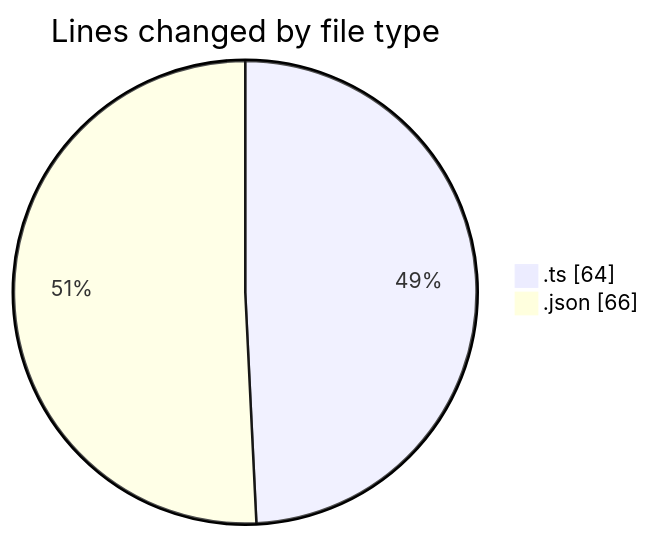
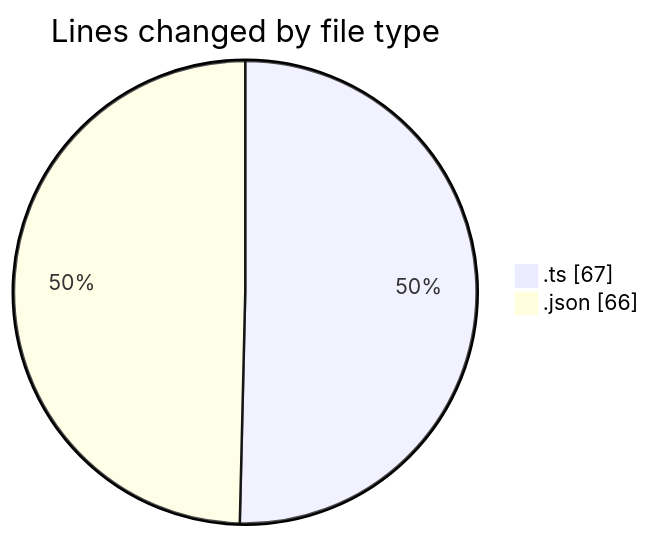
One commit to tmsrecording-cyber/code-tracking changed the first of 2 diagrams in 2026-02-05/singularitybrainai/README.md. Above: the diagram before and after it, drawn with Mermaid. The commit also changed other lines of this file and 1 other file, not shown here.

````diff
--- a/2026-02-05/singularitybrainai/README.md
+++ b/2026-02-05/singularitybrainai/README.md
@@ -21,6 +21,6 @@
 ```mermaid
 pie showData
 title Lines changed by file type
-".ts" : 64
+".ts" : 67
 ".json" : 66
 ```
````
